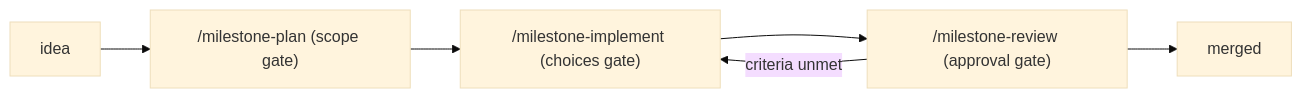
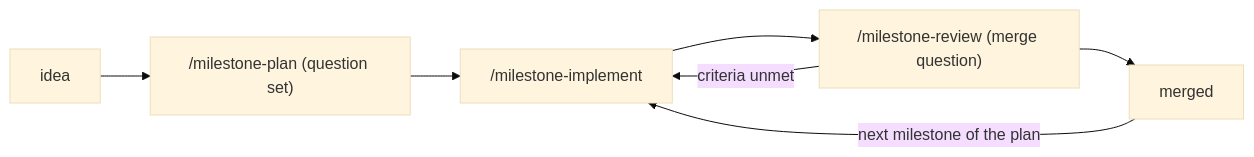
Before and after one commit to jmgirard/cairn: the diagram in README.md, drawn with Mermaid (base theme). The commit also changed other lines of this file and 25 other files, not shown here.

First line of the commit message:
One question set, then the agent runs the milestone to the merge question (#209)

````diff
--- a/README.md
+++ b/README.md
@@ -252,8 +253,9 @@
 ```mermaid
 flowchart LR
-    idea["idea"] --> plan["/milestone-plan (scope gate)"]
-    plan --> implement["/milestone-implement (choices gate)"]
-    implement --> review["/milestone-review (approval gate)"]
+    idea["idea"] --> plan["/milestone-plan (question set)"]
+    plan --> implement["/milestone-implement"]
+    implement --> review["/milestone-review (merge question)"]
     review --> merged["merged"]
     review -->|criteria unmet| implement
+    merged -->|next milestone of the plan| implement
 ```
````
